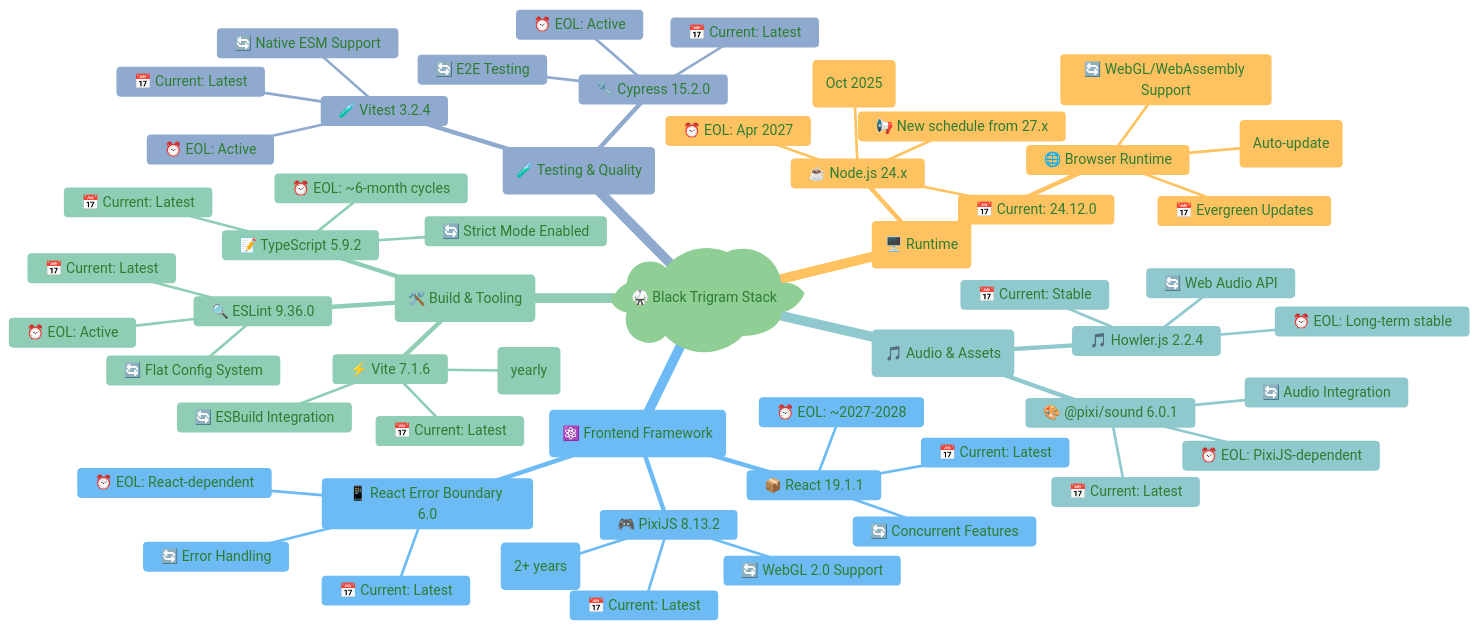
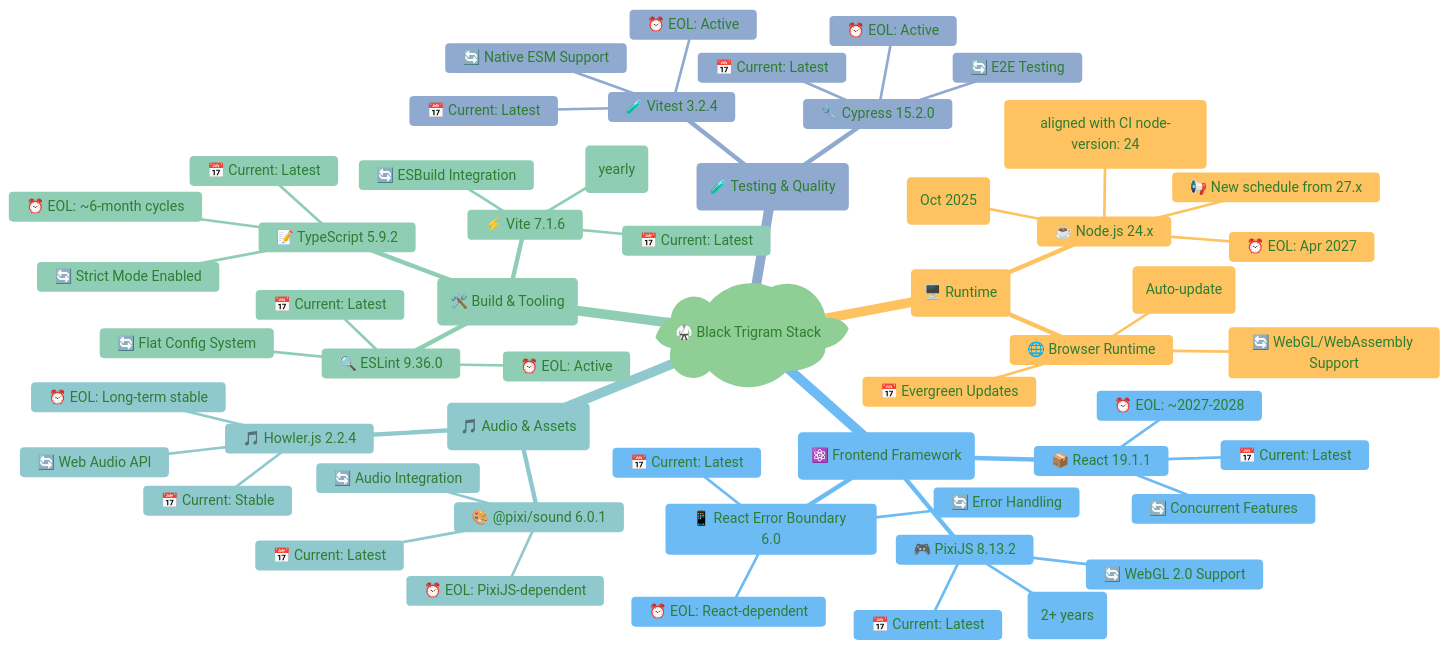
The first of 8 diagrams in End-of-Life-Strategy.md (Hack23/blacktrigram), drawn with Mermaid before and after one commit. The commit also changed other lines of this file and 1 other file, not shown here.

````diff
--- a/End-of-Life-Strategy.md
+++ b/End-of-Life-Strategy.md
@@ -51,70 +51,70 @@
 ```mermaid
 %%{
   init: {
     'theme': 'base',
     'themeVariables': {
       'primaryColor': '#e8f5e9',
       'primaryTextColor': '#2e7d32',
       'lineColor': '#4caf50',
       'secondaryColor': '#fff3e0',
       'tertiaryColor': '#e3f2fd'
     }
   }
 }%%
 mindmap
   root)🥋 Black Trigram Stack(
     (🖥️ Runtime)
       ☕ Node.js 24.x
-        📅 Current: 24.12.0
+        📅 Current: 24.x (aligned with CI node-version: 24)
         ⏰ EOL: Apr 2027
         🔄 Next LTS: 26.x (Oct 2025)
         📢 New schedule from 27.x
       🌐 Browser Runtime
         📅 Evergreen Updates
         ⏰ EOL: N/A (Auto-update)
         🔄 WebGL/WebAssembly Support
     (⚛️ Frontend Framework)
       📦 React 19.1.1
         📅 Current: Latest
         ⏰ EOL: ~2027-2028
         🔄 Concurrent Features
       🎮 PixiJS 8.13.2
         📅 Current: Latest
         ⏰ EOL: Active (2+ years)
         🔄 WebGL 2.0 Support
       📱 React Error Boundary 6.0
         📅 Current: Latest
         ⏰ EOL: React-dependent
         🔄 Error Handling
     (🛠️ Build & Tooling)
       ⚡ Vite 7.1.6
         📅 Current: Latest
         ⏰ EOL: Active (yearly)
         🔄 ESBuild Integration
       📝 TypeScript 5.9.2
         📅 Current: Latest
         ⏰ EOL: ~6-month cycles
         🔄 Strict Mode Enabled
       🔍 ESLint 9.36.0
         📅 Current: Latest
         ⏰ EOL: Active
         🔄 Flat Config System
     (🎵 Audio & Assets)
       🎵 Howler.js 2.2.4
         📅 Current: Stable
         ⏰ EOL: Long-term stable
         🔄 Web Audio API
       🎨 @pixi/sound 6.0.1
         📅 Current: Latest
         ⏰ EOL: PixiJS-dependent
         🔄 Audio Integration
     (🧪 Testing & Quality)
       🧪 Vitest 3.2.4
         📅 Current: Latest
         ⏰ EOL: Active
         🔄 Native ESM Support
       🔧 Cypress 15.2.0
         📅 Current: Latest
         ⏰ EOL: Active
         🔄 E2E Testing
 ```
````
